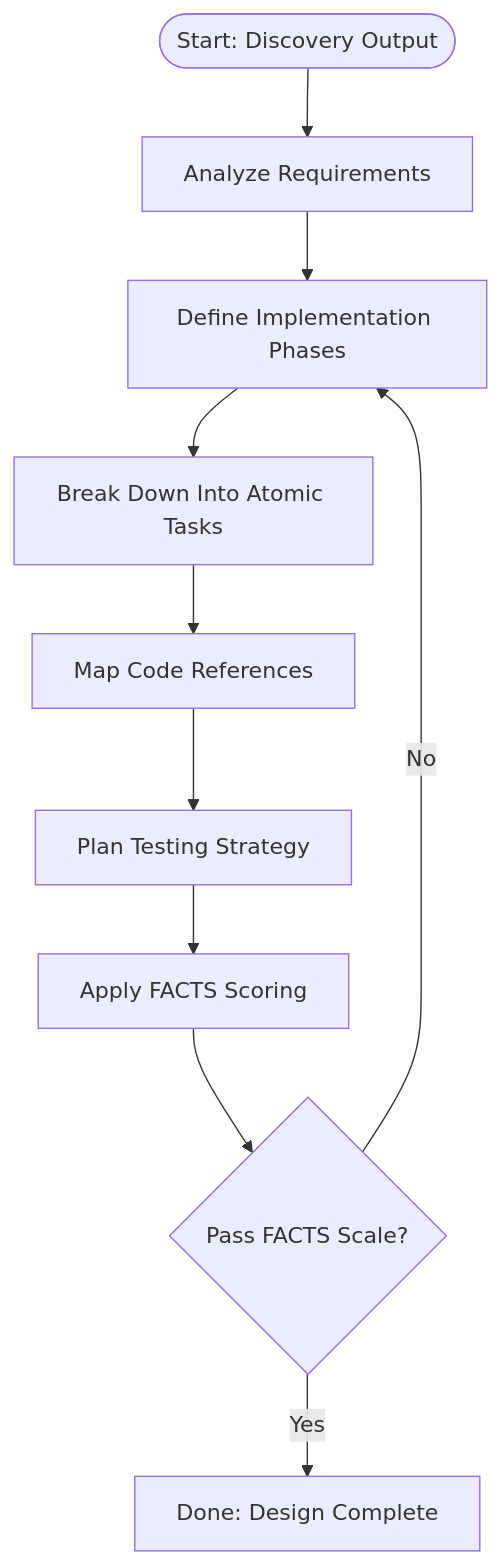
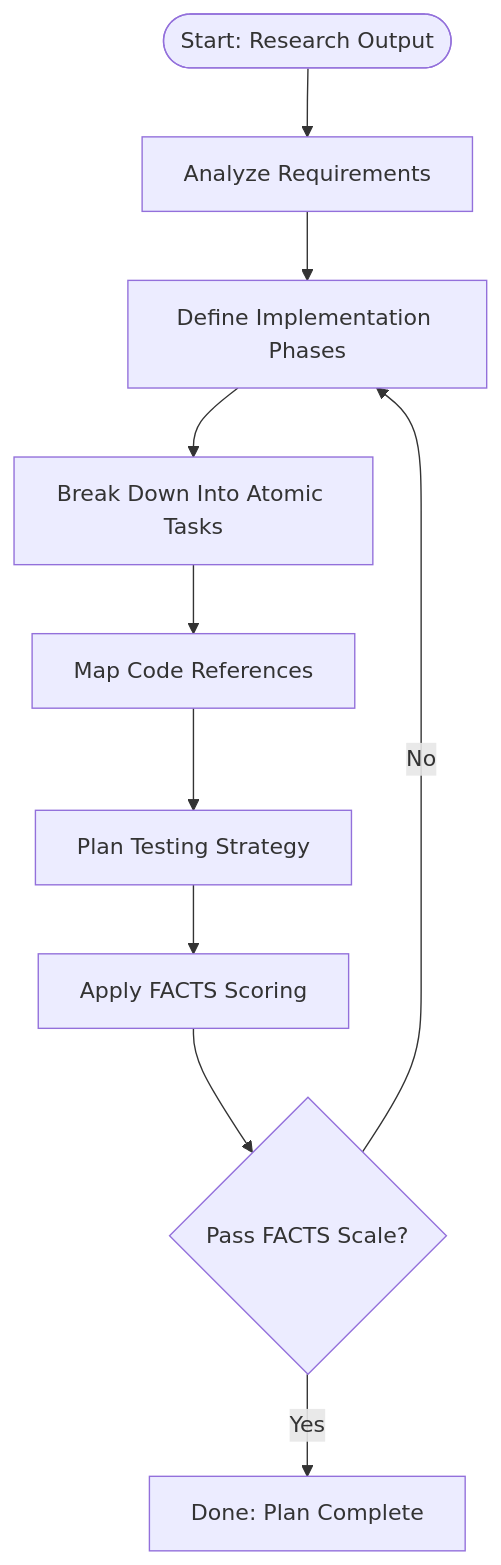
One commit to patrob/3d-strategy changed the diagram in docs/phases/Design.md. Above: the diagram before and after it, drawn with Mermaid. The commit also changed other lines of this file and 7 other files, not shown here.

Commit message:
Rebrand from 3D Strategy to RPI Strategy with Research/Plan/Implement phases

````diff
--- a/docs/phases/Design.md
+++ b/docs/phases/Design.md
@@ -138,12 +138,12 @@
 ```mermaid
 flowchart TD
-  A([Start: Discovery Output]) --> B[Analyze Requirements]
+  A([Start: Research Output]) --> B[Analyze Requirements]
   B --> C[Define Implementation Phases]
   C --> D[Break Down Into Atomic Tasks]
   D --> E[Map Code References]
   E --> F[Plan Testing Strategy]
   F --> G[Apply FACTS Scoring]
   G --> H{Pass FACTS Scale?}
   H -- No --> C
-  H -- Yes --> I[Done: Design Complete]
+  H -- Yes --> I[Done: Plan Complete]
 ```
````
